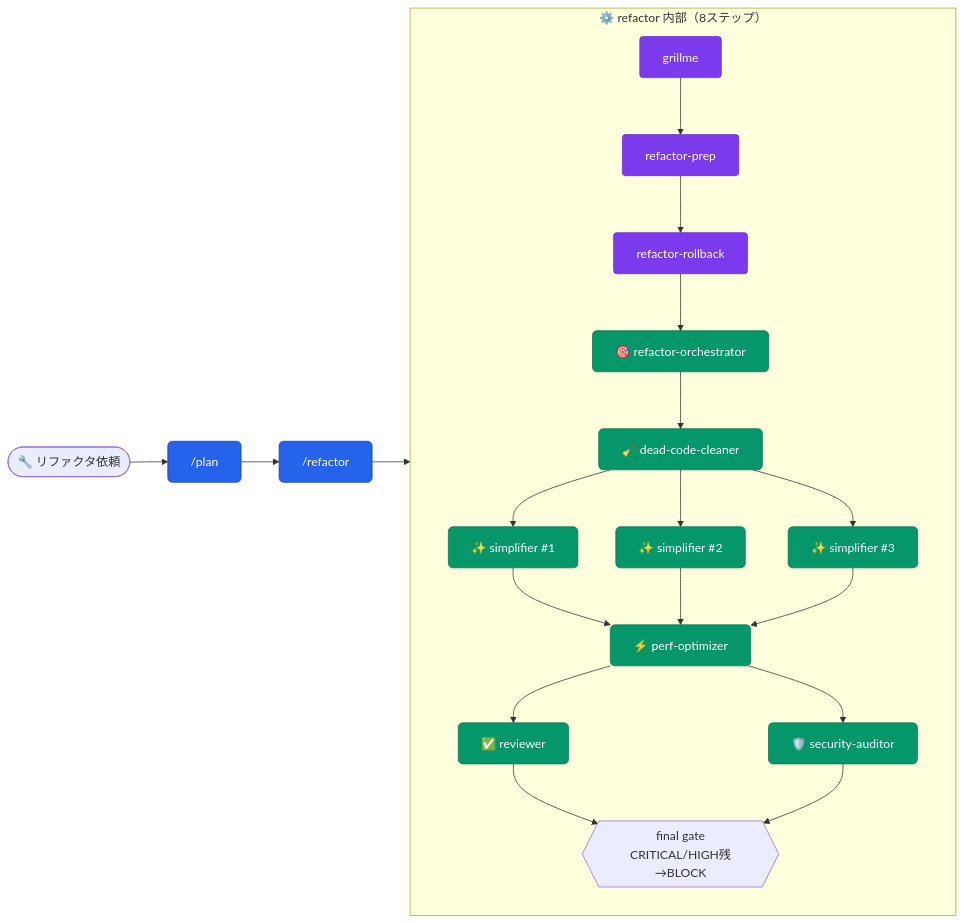
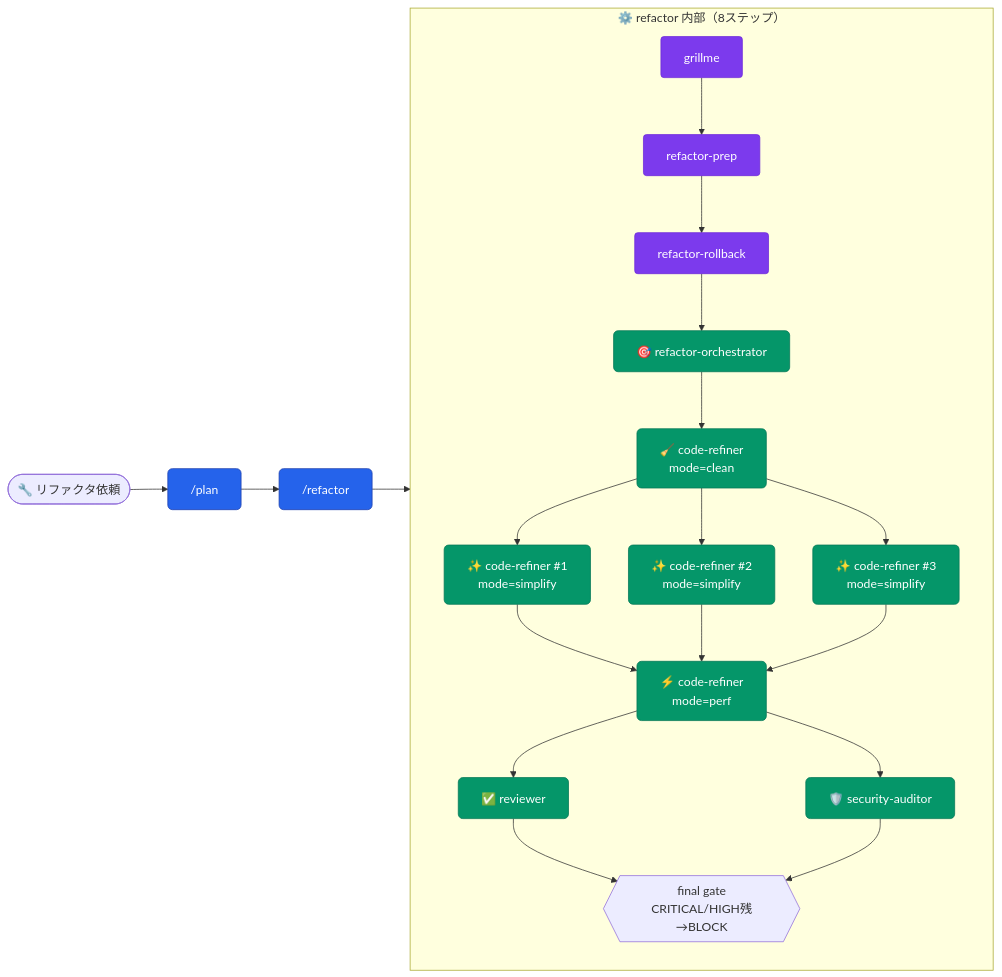
The third of 12 diagrams in README.md (aokumablue/claq), drawn with Mermaid before and after one commit. The commit also changed other lines of this file and 9 other files, not shown here.

First line of the commit message:
refactor(agents): simplifier/dead-code-cleaner/perf-optimizer を code-refiner へ統合

````diff
--- a/README.md
+++ b/README.md
@@ -202,26 +202,26 @@
 ```mermaid
 flowchart LR
   classDef cmd    fill:#2563eb,stroke:#1e40af,color:#fff,rx:6
   classDef agent  fill:#059669,stroke:#047857,color:#fff,rx:6
   classDef skill  fill:#7c3aed,stroke:#6d28d9,color:#fff,rx:4
 
   U(["🔧 リファクタ依頼"]) --> CP["/plan"]:::cmd
   CP --> CREF["/refactor"]:::cmd
 
   subgraph refactor["⚙️ refactor 内部（8ステップ）"]
     direction TB
     SG["grillme"]:::skill --> SP["refactor-prep"]:::skill
     SP --> RB["refactor-rollback"]:::skill
     RB --> RO["🎯 refactor-orchestrator"]:::agent
-    RO --> AC["🧹 dead-code-cleaner"]:::agent
-    AC --> ASI1["✨ simplifier #1"]:::agent
-    AC --> ASI2["✨ simplifier #2"]:::agent
-    AC --> ASI3["✨ simplifier #3"]:::agent
-    ASI1 & ASI2 & ASI3 --> AP["⚡ perf-optimizer"]:::agent
+    RO --> AC["🧹 code-refiner<br/>mode=clean"]:::agent
+    AC --> ASI1["✨ code-refiner #1<br/>mode=simplify"]:::agent
+    AC --> ASI2["✨ code-refiner #2<br/>mode=simplify"]:::agent
+    AC --> ASI3["✨ code-refiner #3<br/>mode=simplify"]:::agent
+    ASI1 & ASI2 & ASI3 --> AP["⚡ code-refiner<br/>mode=perf"]:::agent
     AP --> AR["✅ reviewer"]:::agent
     AP --> AS["🛡️ security-auditor"]:::agent
     AR & AS --> GATE{{"final gate<br/>CRITICAL/HIGH残→BLOCK"}}
   end
 
   CREF --> refactor
 ```
````
